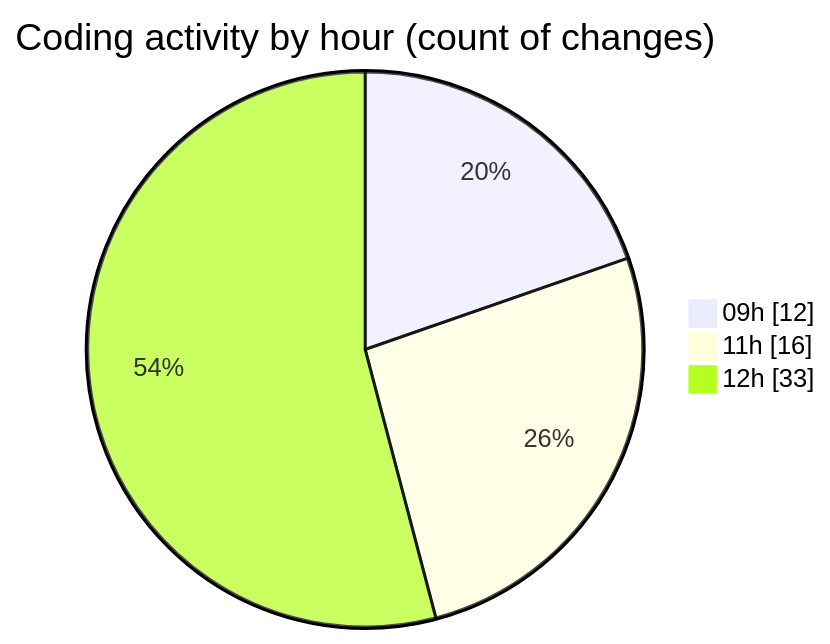
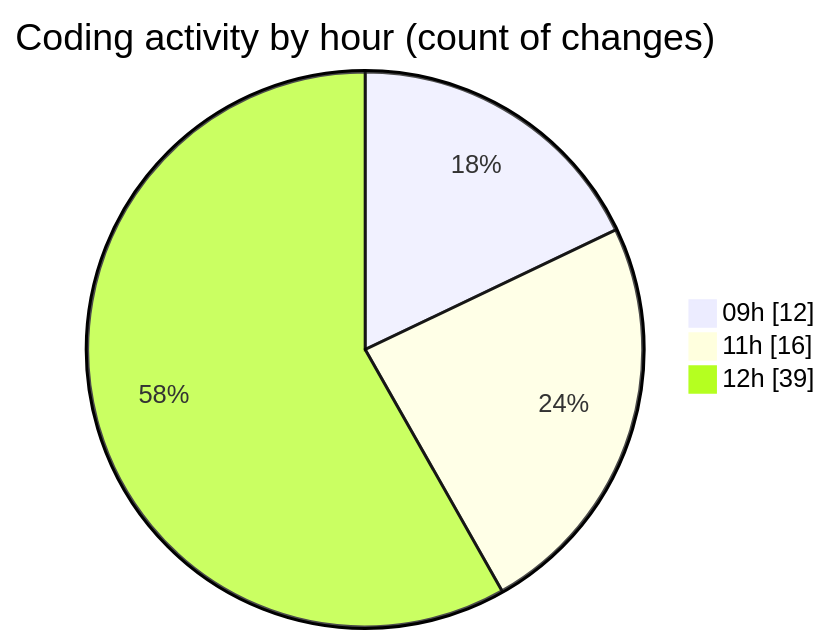
Before and after one commit to robertbonfada/code-tracking: the second of 2 diagrams in 2025-02-20/mbc-web/README.md, drawn with Mermaid. The commit also changed other lines of this file and 1 other file, not shown here.

````diff
--- a/2025-02-20/mbc-web/README.md
+++ b/2025-02-20/mbc-web/README.md
@@ -52,7 +52,7 @@
 ```mermaid
 pie showData
 title Coding activity by hour (count of changes)
 "09h" : 12
 "11h" : 16
-"12h" : 33
+"12h" : 39
 ```
````
